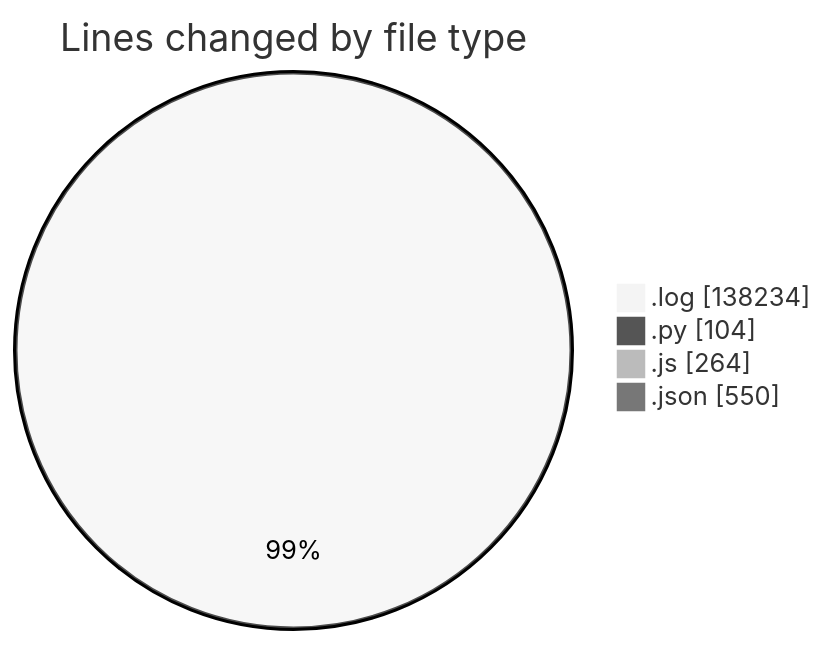
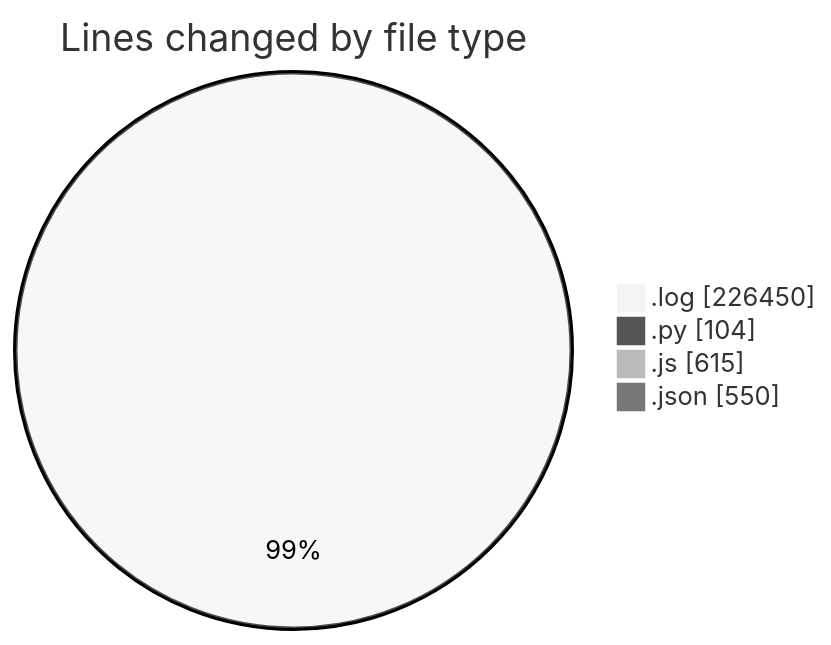
One commit to nxtqubesakshisongat/code-tracking changed the first of 2 diagrams in 2025-04-10/nxtqube_webapp/README.md. Above: the diagram before and after it, drawn with Mermaid (neutral theme). The commit also changed other lines of this file and 1 other file, not shown here.

````diff
--- a/2025-04-10/nxtqube_webapp/README.md
+++ b/2025-04-10/nxtqube_webapp/README.md
@@ -23,8 +23,8 @@
 ```mermaid
 pie showData
 title Lines changed by file type
-".log" : 138234
+".log" : 226450
 ".py" : 104
-".js" : 264
+".js" : 615
 ".json" : 550
 ```
````
